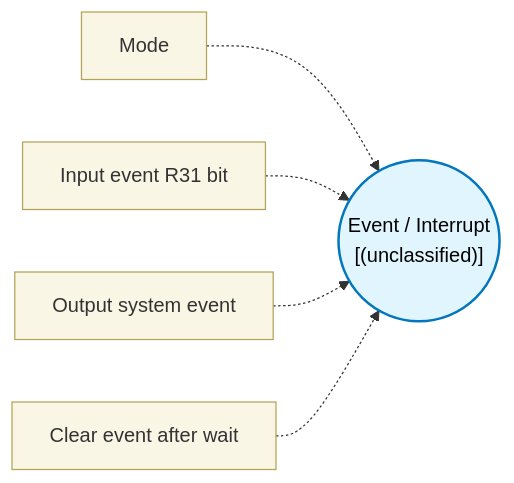
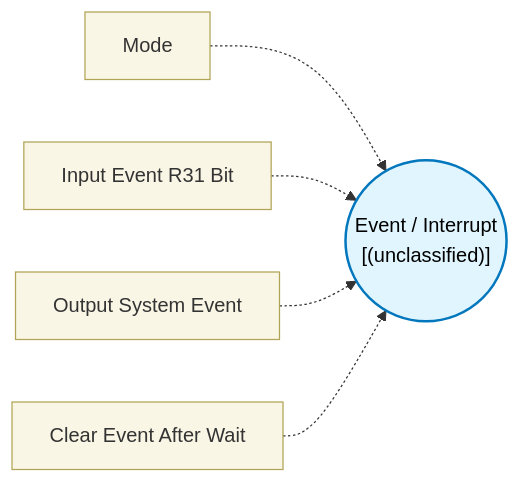
One commit to TexasInstruments/pru-no-code-tool changed the diagram in docs/block-reference/blocks/event_block/design.md. Above: the diagram before and after it, drawn with Mermaid. The commit also changed other lines of this file and 89 other files, not shown here.

````diff
--- a/docs/block-reference/blocks/event_block/design.md
+++ b/docs/block-reference/blocks/event_block/design.md
@@ -11,10 +11,10 @@
 ```mermaid
 flowchart LR
   classDef config fill:#f9f6e5,stroke:#b1a457,stroke-width:1px,color:#333;
   classDef core fill:#e1f5fe,stroke:#0277bd,stroke-width:2px,color:#000;
   CORE(("Event / Interrupt\n[(unclassified)]")):::core
   CFG0["Mode"]:::config -.-> CORE
-  CFG1["Input event R31 bit"]:::config -.-> CORE
-  CFG2["Output system event"]:::config -.-> CORE
-  CFG3["Clear event after wait"]:::config -.-> CORE
+  CFG1["Input Event R31 Bit"]:::config -.-> CORE
+  CFG2["Output System Event"]:::config -.-> CORE
+  CFG3["Clear Event After Wait"]:::config -.-> CORE
 ```
````
